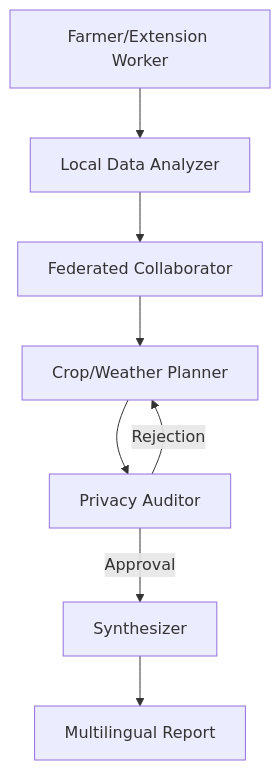
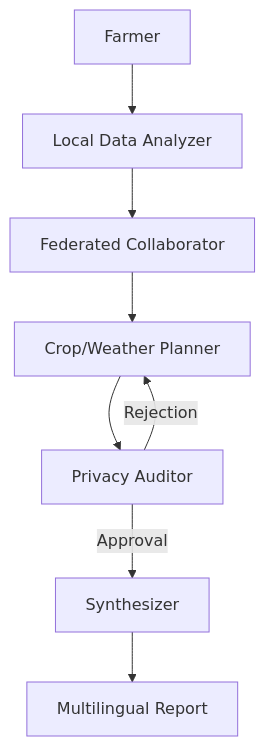
Before and after one commit to Amanatal11/ethio-agri-privacy: the diagram in README.md, drawn with Mermaid. The commit also changed other lines of this file and 22049 other files, not shown here.

````diff
--- a/README.md
+++ b/README.md
@@ -15,10 +21,10 @@
 ```mermaid
 graph TD
-    User[Farmer/Extension Worker] --> LA[Local Data Analyzer]
+    User[Farmer] --> LA[Local Data Analyzer]
     LA --> FC[Federated Collaborator]
     FC --> CP[Crop/Weather Planner]
     CP --> PA[Privacy Auditor]
     PA -- Rejection --> CP
     PA -- Approval --> SYN[Synthesizer]
     SYN --> Output[Multilingual Report]
 ```
````
